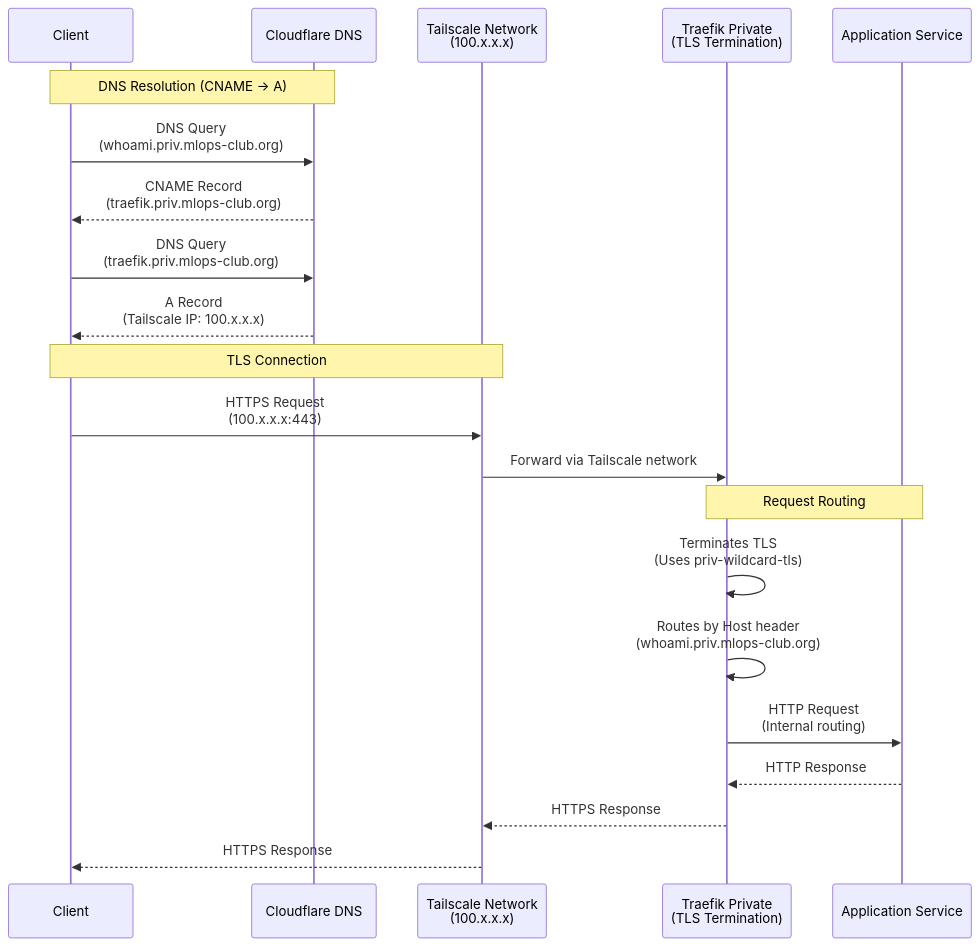
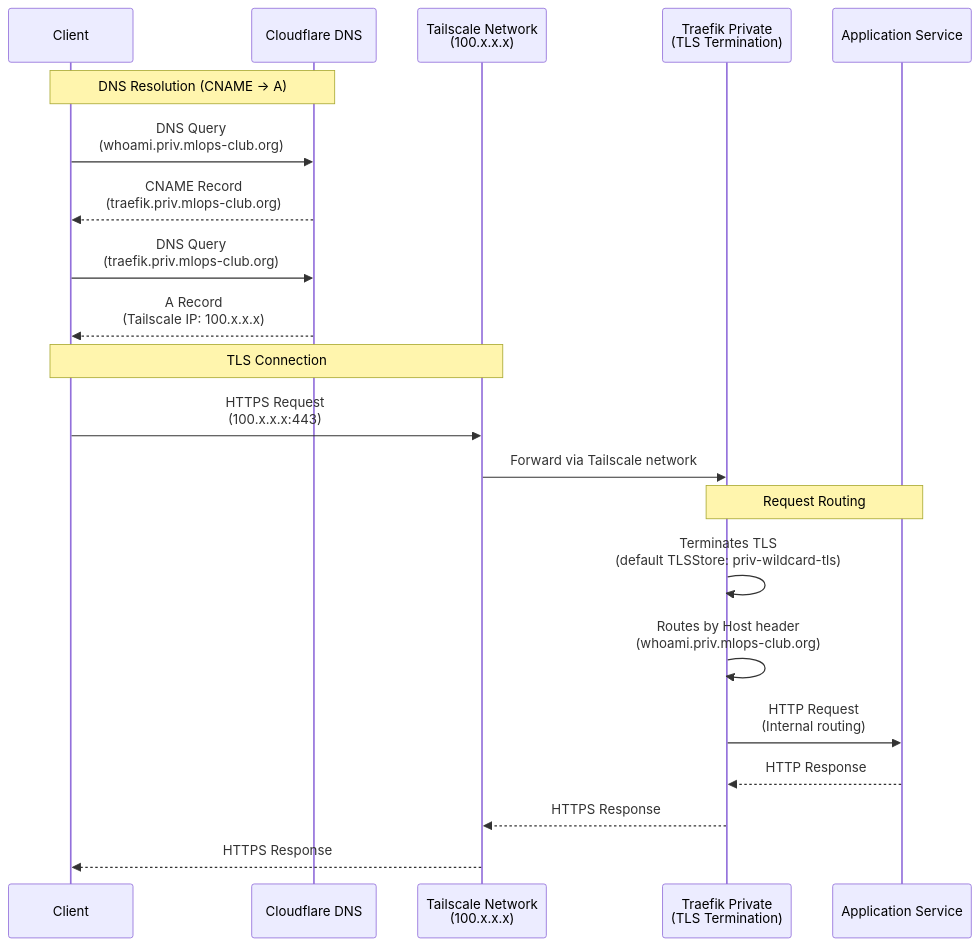
The third of 4 diagrams in network/private/README.md (mlops-club/homelab-cluster), drawn with Mermaid before and after one commit. The commit also changed other lines of this file and 40 other files, not shown here.

First line of the commit message:
refactor(network): default TLSStore per Traefik, remove Reflector (#48)

````diff
--- a/network/private/README.md
+++ b/network/private/README.md
@@ -130,26 +137,26 @@
 ```mermaid
 sequenceDiagram
     participant Client
     participant DNS as Cloudflare DNS
     participant TS as Tailscale Network<br/>(100.x.x.x)
     participant Traefik as Traefik Private<br/>(TLS Termination)
     participant Service as Application Service
-    
+
     Note over Client,DNS: DNS Resolution (CNAME → A)
     Client->>DNS: DNS Query<br/>(whoami.priv.mlops-club.org)
     DNS-->>Client: CNAME Record<br/>(traefik.priv.mlops-club.org)
     Client->>DNS: DNS Query<br/>(traefik.priv.mlops-club.org)
     DNS-->>Client: A Record<br/>(Tailscale IP: 100.x.x.x)
-    
+
     Note over Client,TS: TLS Connection
     Client->>TS: HTTPS Request<br/>(100.x.x.x:443)
     TS->>Traefik: Forward via Tailscale network
-    
+
     Note over Traefik,Service: Request Routing
-    Traefik->>Traefik: Terminates TLS<br/>(Uses priv-wildcard-tls)
+    Traefik->>Traefik: Terminates TLS<br/>(default TLSStore: priv-wildcard-tls)
     Traefik->>Traefik: Routes by Host header<br/>(whoami.priv.mlops-club.org)
     Traefik->>Service: HTTP Request<br/>(Internal routing)
     Service-->>Traefik: HTTP Response
     Traefik-->>TS: HTTPS Response
     TS-->>Client: HTTPS Response
 ```
````
